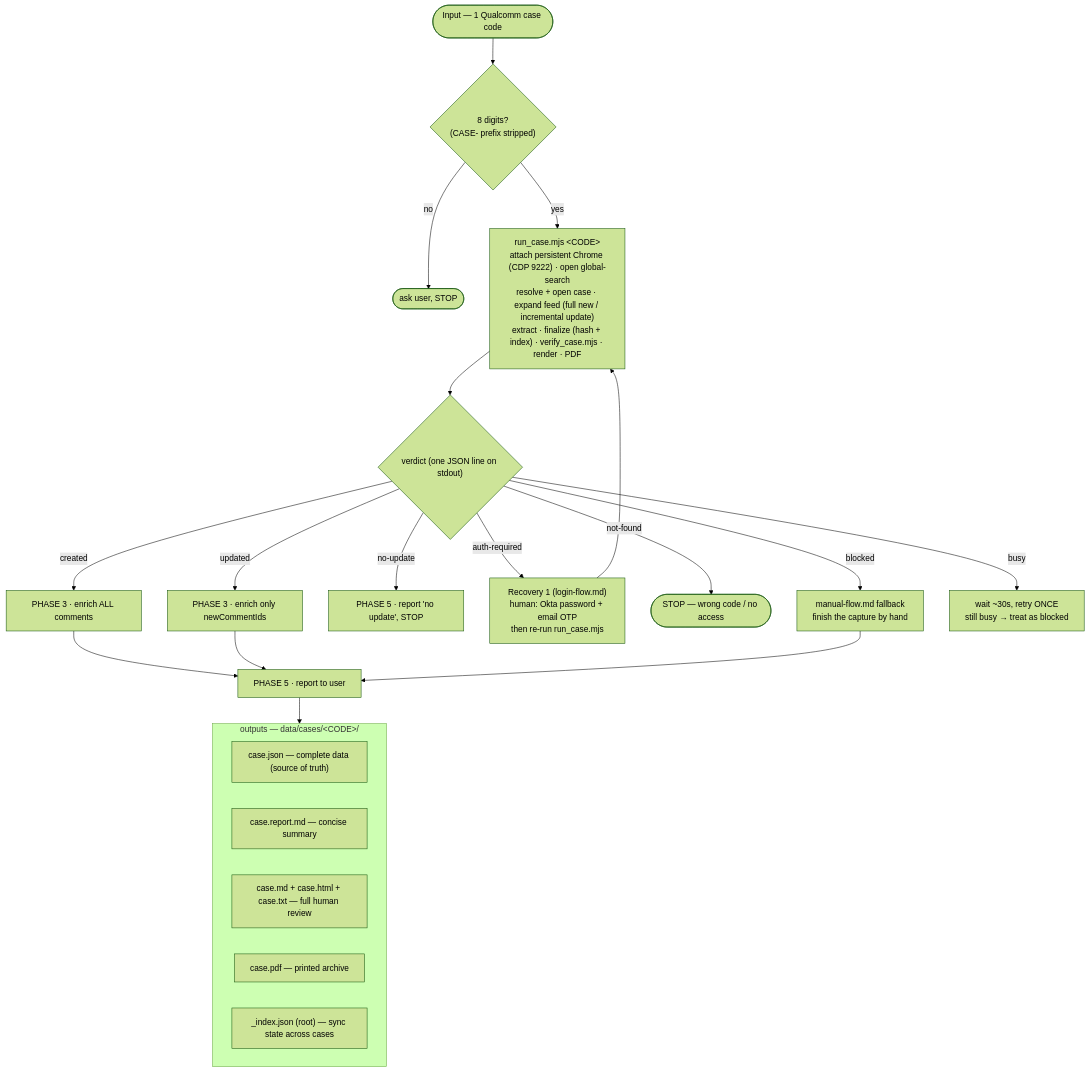
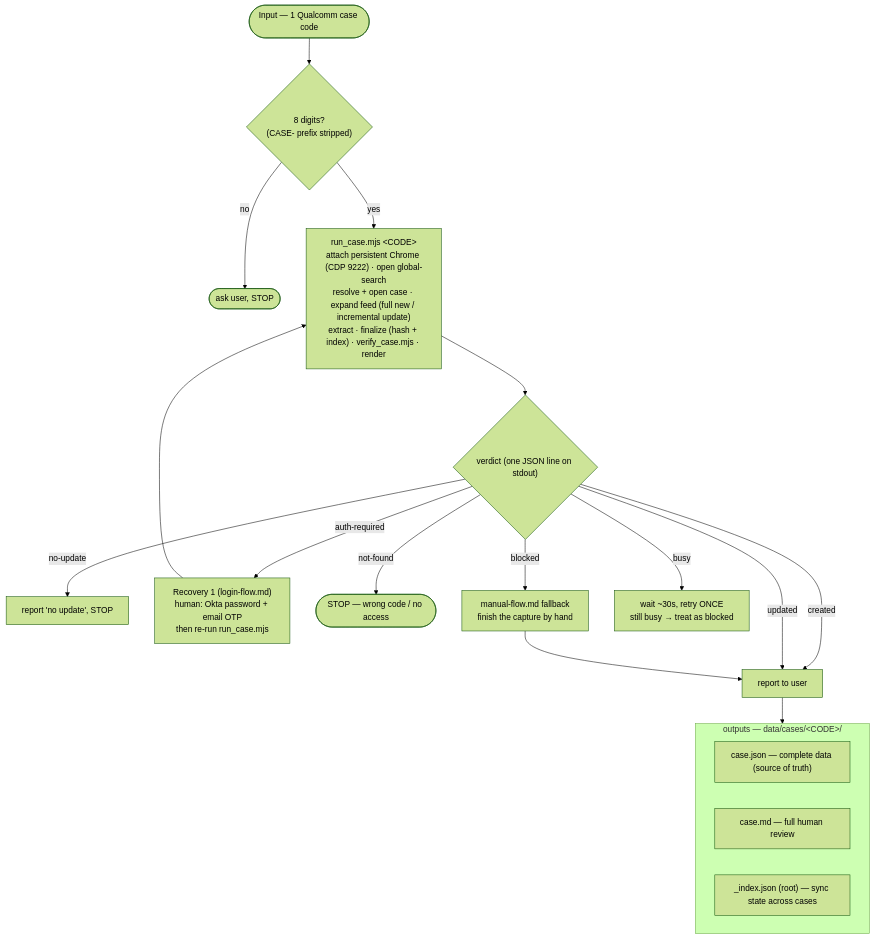
Before and after one commit to congtubkbn/qualcomm-case-agent: the diagram in .claude/skills/qualcomm-case-agent/references/workflow.md, drawn with Mermaid (forest theme). The commit also changed other lines of this file and 11 other files, not shown here.

````diff
--- a/.claude/skills/qualcomm-case-agent/references/workflow.md
+++ b/.claude/skills/qualcomm-case-agent/references/workflow.md
@@ -12,26 +12,22 @@
 ```mermaid
 flowchart TD
   IN(["Input — 1 Qualcomm case code"]) --> VALID{"8 digits?<br/>(CASE- prefix stripped)"}
   VALID -->|no| S0(["ask user, STOP"])
-  VALID -->|yes| RUN["run_case.mjs &lt;CODE&gt;<br/>attach persistent Chrome (CDP 9222) · open global-search<br/>resolve + open case · expand feed (full new / incremental update)<br/>extract · finalize (hash + index) · verify_case.mjs · render · PDF"]
+  VALID -->|yes| RUN["run_case.mjs &lt;CODE&gt;<br/>attach persistent Chrome (CDP 9222) · open global-search<br/>resolve + open case · expand feed (full new / incremental update)<br/>extract · finalize (hash + index) · verify_case.mjs · render"]
   RUN --> V{"verdict (one JSON line on stdout)"}
-  V -->|created| ENRICH["PHASE 3 · enrich ALL comments"]
-  V -->|updated| ENRICHNEW["PHASE 3 · enrich only newCommentIds"]
-  V -->|no-update| REPORT_NU["PHASE 5 · report 'no update', STOP"]
+  V -->|created| REPORT["report to user"]
+  V -->|updated| REPORT
+  V -->|no-update| REPORT_NU["report 'no update', STOP"]
   V -->|auth-required| AUTH["Recovery 1 (login-flow.md)<br/>human: Okta password + email OTP<br/>then re-run run_case.mjs"]
   V -->|not-found| S1(["STOP — wrong code / no access"])
   V -->|blocked| MANUAL["manual-flow.md fallback<br/>finish the capture by hand"]
   V -->|busy| RETRY["wait ~30s, retry ONCE<br/>still busy → treat as blocked"]
   AUTH --> RUN
-  ENRICH --> REPORT["PHASE 5 · report to user"]
-  ENRICHNEW --> REPORT
   MANUAL --> REPORT
   REPORT --> OUT
   subgraph OUT["outputs — data/cases/&lt;CODE&gt;/"]
     O1["case.json — complete data (source of truth)"]
-    O2["case.report.md — concise summary"]
-    O3["case.md + case.html + case.txt — full human review"]
-    O4["case.pdf — printed archive"]
-    O5["_index.json (root) — sync state across cases"]
+    O2["case.md — full human review"]
+    O3["_index.json (root) — sync state across cases"]
   end
 ```
````
